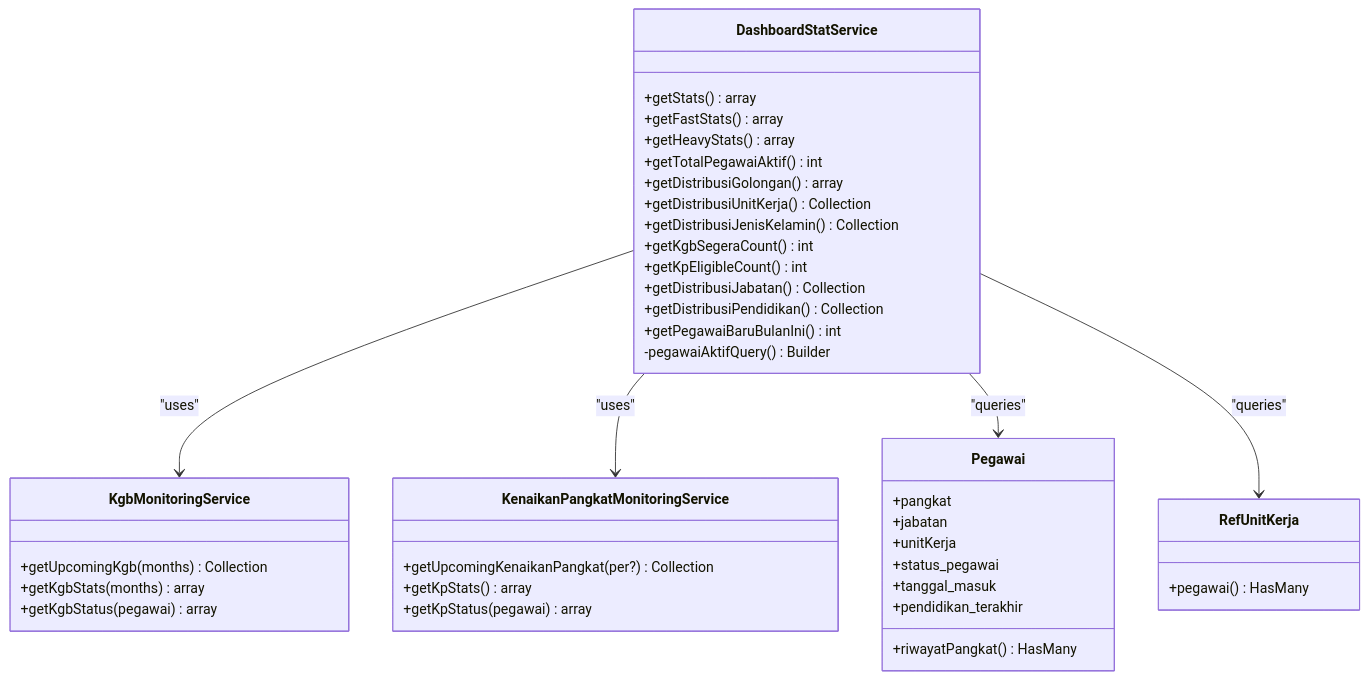
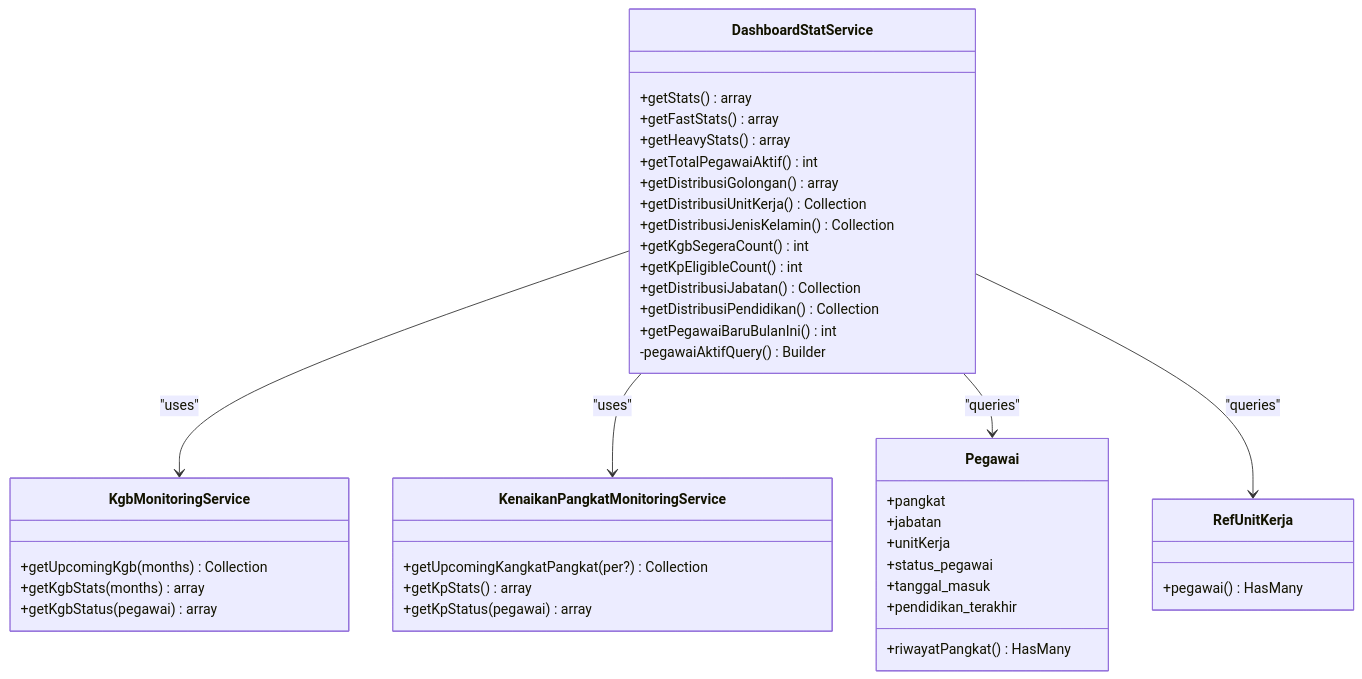
One commit to PA-Penajam/kepegawaian_apps changed the third of 5 diagrams in .qoder/repowiki/en/content/Monitoring and Analytics System/Dashboard Analytics and Statistics.md. Above: the diagram before and after it, drawn with Mermaid. The commit also changed other lines of this file and 13 other files, not shown here.

````diff
--- a/.qoder/repowiki/en/content/Monitoring and Analytics System/Dashboard Analytics and Statistics.md
+++ b/.qoder/repowiki/en/content/Monitoring and Analytics System/Dashboard Analytics and Statistics.md
@@ -260,44 +286,44 @@
 ```mermaid
 classDiagram
 class DashboardStatService {
 +getStats() array
 +getFastStats() array
 +getHeavyStats() array
 +getTotalPegawaiAktif() int
 +getDistribusiGolongan() array
 +getDistribusiUnitKerja() Collection
 +getDistribusiJenisKelamin() Collection
 +getKgbSegeraCount() int
 +getKpEligibleCount() int
 +getDistribusiJabatan() Collection
 +getDistribusiPendidikan() Collection
 +getPegawaiBaruBulanIni() int
 -pegawaiAktifQuery() Builder
 }
 class KgbMonitoringService {
 +getUpcomingKgb(months) Collection
 +getKgbStats(months) array
 +getKgbStatus(pegawai) array
 }
 class KenaikanPangkatMonitoringService {
-+getUpcomingKenaikanPangkat(per?) Collection
++getUpcomingKangkatPangkat(per?) Collection
 +getKpStats() array
 +getKpStatus(pegawai) array
 }
 class Pegawai {
 +riwayatPangkat() HasMany
 +pangkat
 +jabatan
 +unitKerja
 +status_pegawai
 +tanggal_masuk
 +pendidikan_terakhir
 }
 class RefUnitKerja {
 +pegawai() HasMany
 }
 DashboardStatService --> KgbMonitoringService : "uses"
 DashboardStatService --> KenaikanPangkatMonitoringService : "uses"
 DashboardStatService --> Pegawai : "queries"
 DashboardStatService --> RefUnitKerja : "queries"
 ```
````
